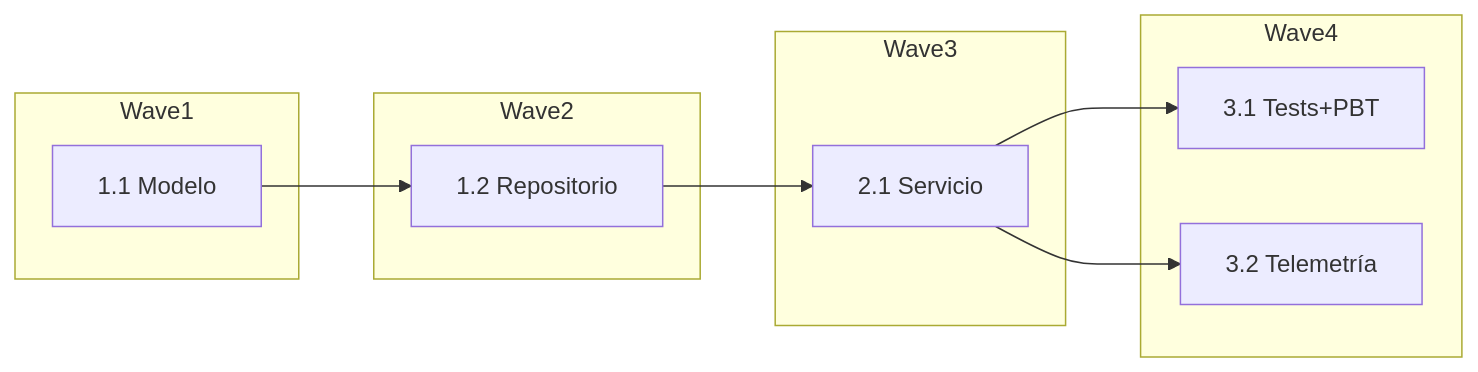
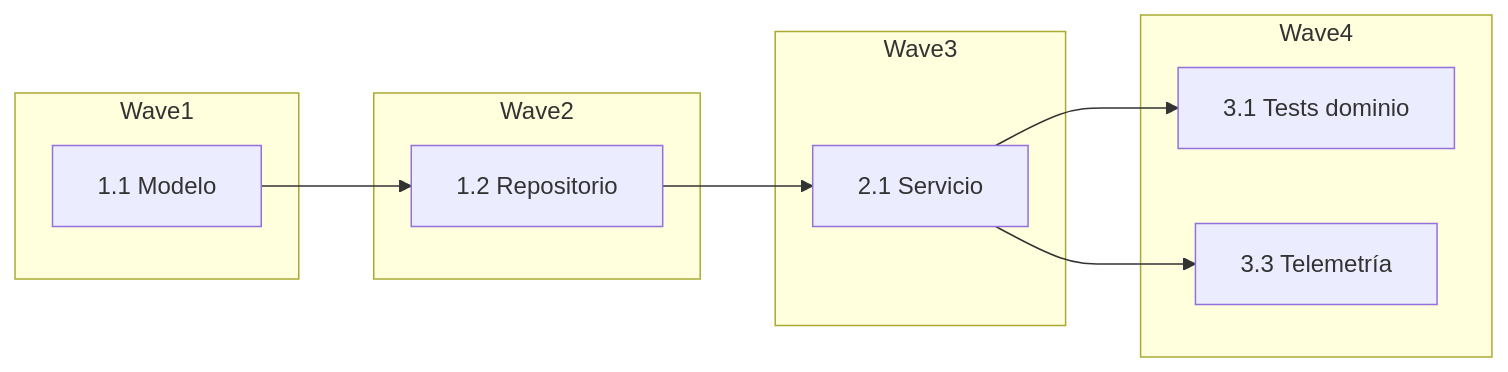
Before and after one commit to furthurr/ai-agents-kit: the diagram in generated/kiro/skills/sdd-spec/references/templates.md, drawn with Mermaid. The commit also changed other lines of this file and 23 other files, not shown here.

````diff
--- a/generated/kiro/skills/sdd-spec/references/templates.md
+++ b/generated/kiro/skills/sdd-spec/references/templates.md
@@ -35,18 +53,18 @@
 ```mermaid
 flowchart LR
     subgraph Wave1
       T11[1.1 Modelo]
     end
     subgraph Wave2
       T12[1.2 Repositorio]
     end
     subgraph Wave3
       T21[2.1 Servicio]
     end
     subgraph Wave4
-      T31[3.1 Tests+PBT]
-      T32[3.2 Telemetría]
+      T31[3.1 Tests dominio]
+      T32[3.3 Telemetría]
     end
     T11 --> T12 --> T21 --> T31
     T21 --> T32
 ```
````
